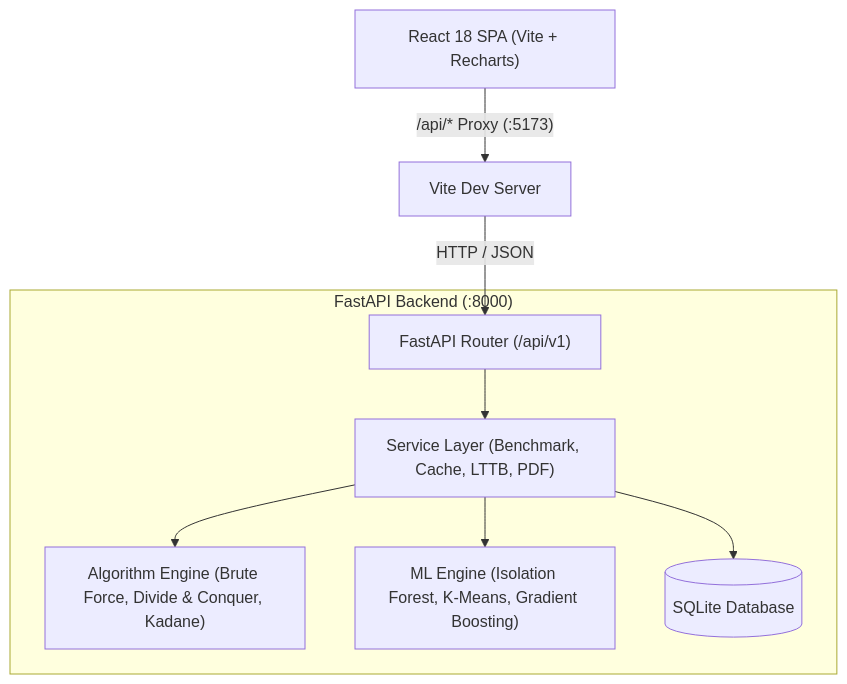
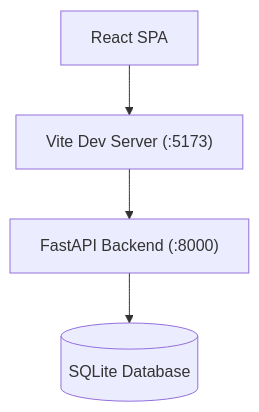
One commit to Omiiii04/DAA changed the diagram in README.md. Above: the diagram before and after it, drawn with Mermaid. The commit also changed other lines of this file, not shown here.

Commit message:
docs: update README with architecture, tech stack, and revised installation guide

````diff
--- a/README.md
+++ b/README.md
@@ -139,12 +20,6 @@
 ```mermaid
 graph TD
-    Client["React 18 SPA (Vite + Recharts)"] -->|"/api/* Proxy (:5173)"| Proxy["Vite Dev Server"]
-    Proxy -->|HTTP / JSON| API["FastAPI Router (/api/v1)"]
-  
-    subgraph Backend ["FastAPI Backend (:8000)"]
-        API --> Services["Service Layer (Benchmark, Cache, LTTB, PDF)"]
-        Services --> AlgoEngine["Algorithm Engine (Brute Force, Divide & Conquer, Kadane)"]
-        Services --> MLEngine["ML Engine (Isolation Forest, K-Means, Gradient Boosting)"]
-        Services --> DB[(SQLite Database)]
-    end
+    Client["React SPA"] --> Proxy["Vite Dev Server (:5173)"]
+    Proxy --> API["FastAPI Backend (:8000)"]
+    API --> DB[(SQLite Database)]
 ```
````
